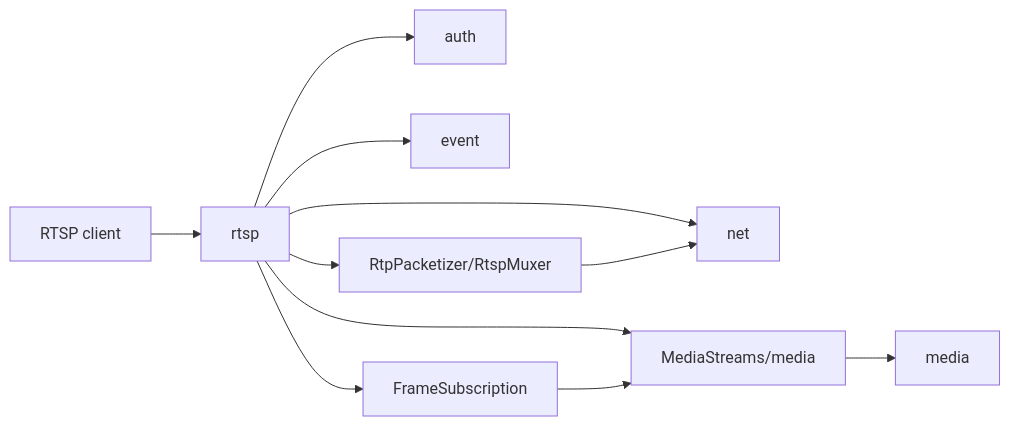
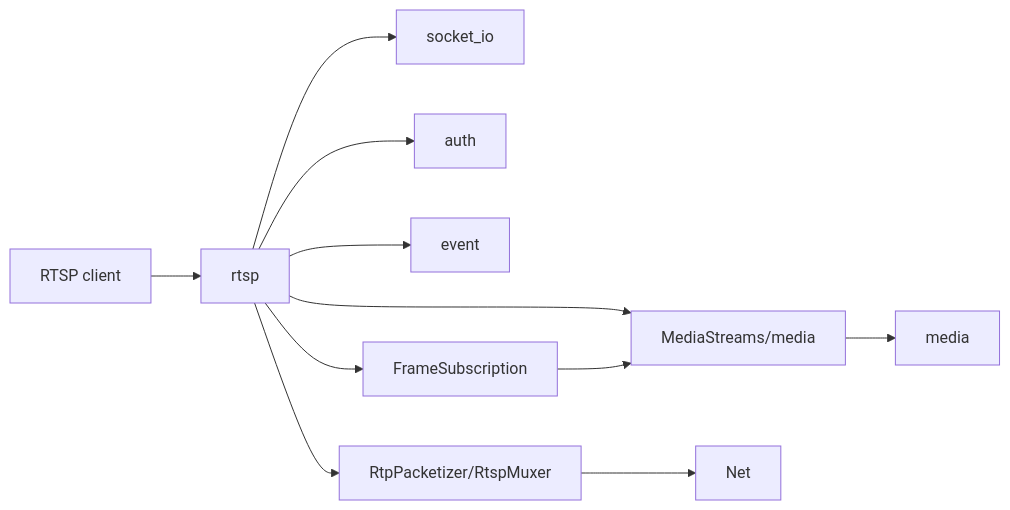
The diagram in docs/libs/rtsp.md (373699756/live_stream), drawn with Mermaid before and after one commit. The commit also changed other lines of this file and 130 other files, not shown here.

Commit message:
refactor: rename net module to socket io

````diff
--- a/docs/libs/rtsp.md
+++ b/docs/libs/rtsp.md
@@ -16,13 +16,13 @@
 ```mermaid
 flowchart LR
   Client[RTSP client] --> RTSP[rtsp]
-  RTSP --> Net[net]
+  RTSP --> SocketIo[socket_io]
   RTSP --> Auth[auth]
   RTSP --> Events[event]
   RTSP --> Subscription[FrameSubscription]
   RTSP --> Mux[RtpPacketizer/RtspMuxer]
   RTSP --> Source[MediaStreams/media]
   Subscription --> Source
   Mux --> Net
   Source --> Media[media]
 ```
````
